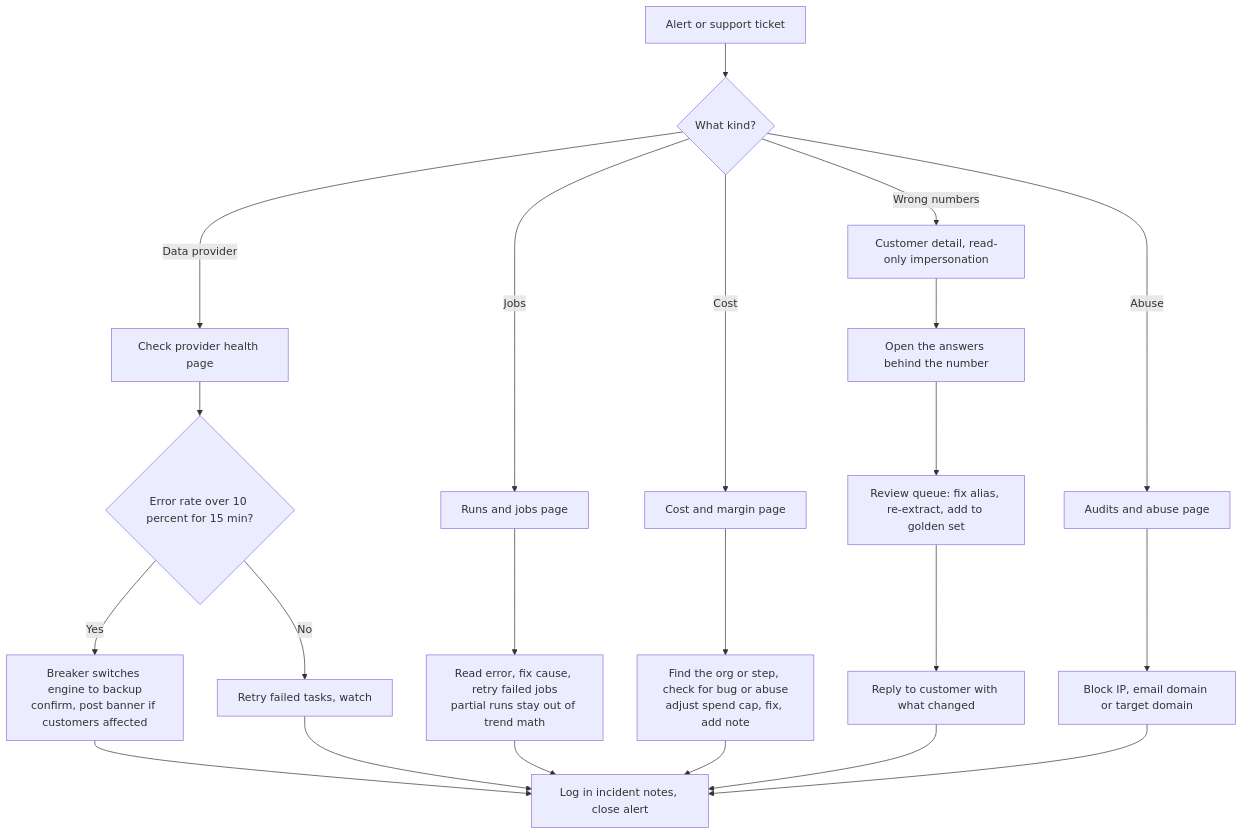
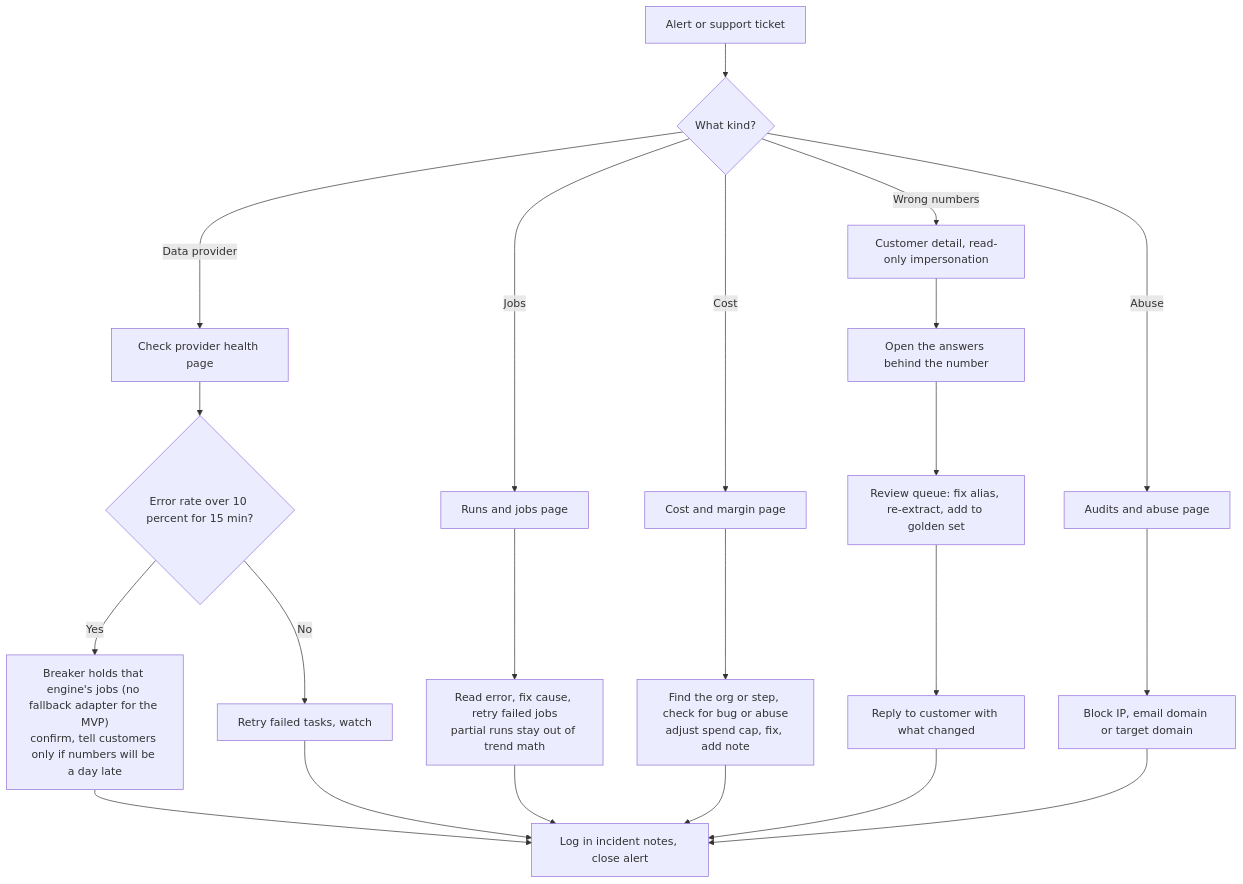
One commit to mdrajib/aeocorner changed the diagram in docs/ADMIN_OPERATIONS.md. Above: the diagram before and after it, drawn with Mermaid. The commit also changed other lines of this file and 39 other files, not shown here.

````diff
--- a/docs/ADMIN_OPERATIONS.md
+++ b/docs/ADMIN_OPERATIONS.md
@@ -82,24 +82,24 @@
 ```mermaid
 flowchart TD
   A["Alert or support ticket"] --> B{"What kind?"}
   B -->|"Data provider"| P["Check provider health page"]
   P --> P1{"Error rate over 10 percent for 15 min?"}
-  P1 -->|"Yes"| P2["Breaker switches engine to backup<br/>confirm, post banner if customers affected"]
+  P1 -->|"Yes"| P2["Breaker holds that engine's jobs (no fallback adapter for the MVP)<br/>confirm, tell customers only if numbers will be a day late"]
   P1 -->|"No"| P3["Retry failed tasks, watch"]
   B -->|"Jobs"| J["Runs and jobs page"]
   J --> J1["Read error, fix cause, retry failed jobs<br/>partial runs stay out of trend math"]
   B -->|"Cost"| C["Cost and margin page"]
   C --> C1["Find the org or step, check for bug or abuse<br/>adjust spend cap, fix, add note"]
   B -->|"Wrong numbers"| W["Customer detail, read-only impersonation"]
   W --> W1["Open the answers behind the number"]
   W1 --> W2["Review queue: fix alias, re-extract, add to golden set"]
   W2 --> W3["Reply to customer with what changed"]
   B -->|"Abuse"| X["Audits and abuse page"]
   X --> X1["Block IP, email domain or target domain"]
   P2 --> Z["Log in incident notes, close alert"]
   P3 --> Z
   J1 --> Z
   C1 --> Z
   W3 --> Z
   X1 --> Z
 ```
````
